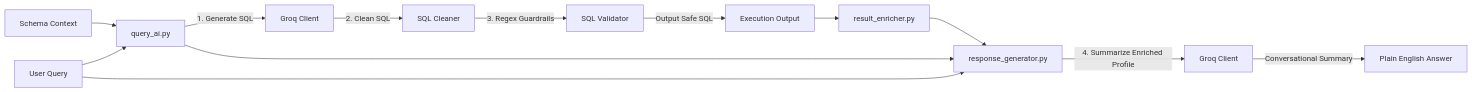
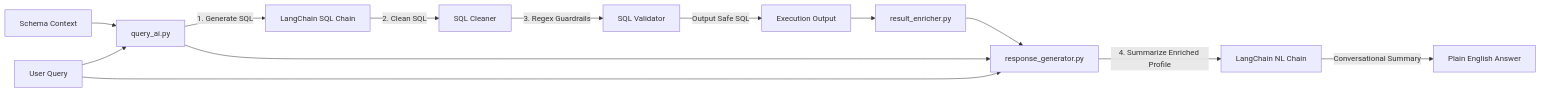
One commit to nakul-cloud/ai-sql-assistant changed the diagram in llm/README.md. Above: the diagram before and after it, drawn with Mermaid. The commit also changed other lines of this file and 2 other files, not shown here.

Commit message:
feat: implement result enrichment architecture and documentation for SQL-to-NL pipeline optimization

````diff
--- a/llm/README.md
+++ b/llm/README.md
@@ -9,13 +9,13 @@
 ```mermaid
 flowchart LR
     SchemaCtx[Schema Context] & UserQ[User Query] --> SQLGen[query_ai.py]
-    SQLGen -->|1. Generate SQL| GroqG[Groq Client]
-    GroqG -->|2. Clean SQL| Cleaner[SQL Cleaner]
+    SQLGen -->|1. Generate SQL| LCEL1[LangChain SQL Chain]
+    LCEL1 -->|2. Clean SQL| Cleaner[SQL Cleaner]
     Cleaner -->|3. Regex Guardrails| Validator[SQL Validator]
     Validator -->|Output Safe SQL| Exec[Execution Output]
     
     Exec --> Enricher[result_enricher.py]
     Enricher & UserQ & SQLGen --> NLGen[response_generator.py]
-    NLGen -->|4. Summarize Enriched Profile| GroqR[Groq Client]
-    GroqR -->|Conversational Summary| FinalAns[Plain English Answer]
+    NLGen -->|4. Summarize Enriched Profile| LCEL2[LangChain NL Chain]
+    LCEL2 -->|Conversational Summary| FinalAns[Plain English Answer]
 ```
````
